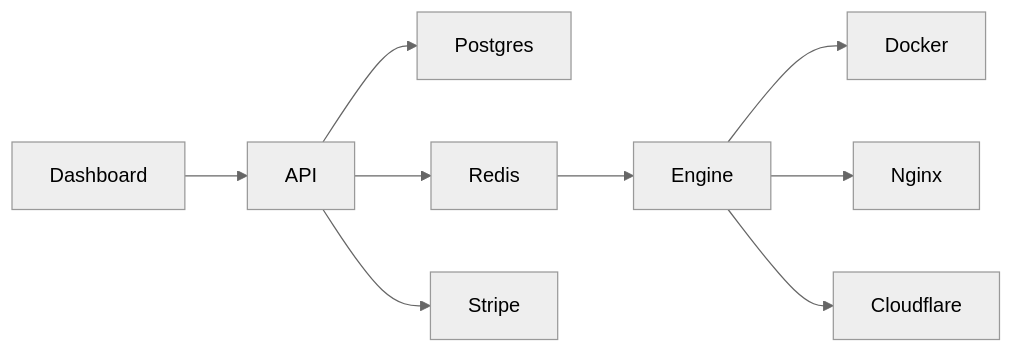
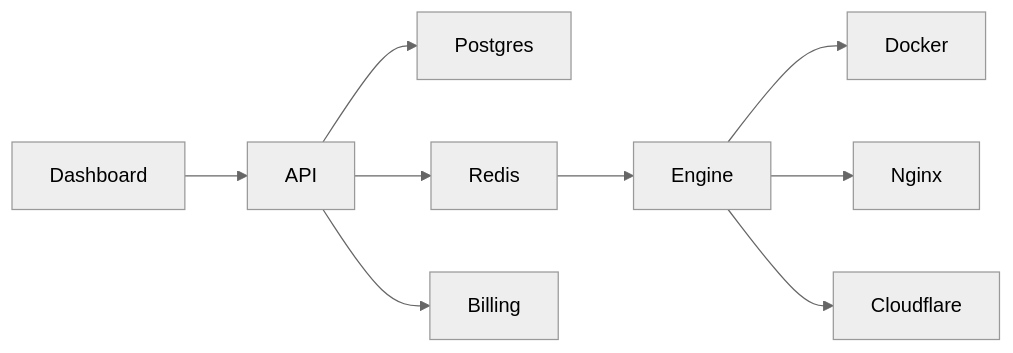
The diagram in docs/diagrams/system-overview.mmd (Adarshagupta/Apployd.com), drawn with Mermaid (neutral theme) before and after one commit. The commit also changed 22 other files, not shown here.

```diff
--- a/docs/diagrams/system-overview.mmd
+++ b/docs/diagrams/system-overview.mmd
@@ -1,9 +1,9 @@
 flowchart LR
   Dashboard --> API
   API --> Postgres
   API --> Redis
-  API --> Stripe
+  API --> Billing
   Redis --> Engine
   Engine --> Docker
   Engine --> Nginx
   Engine --> Cloudflare
```
